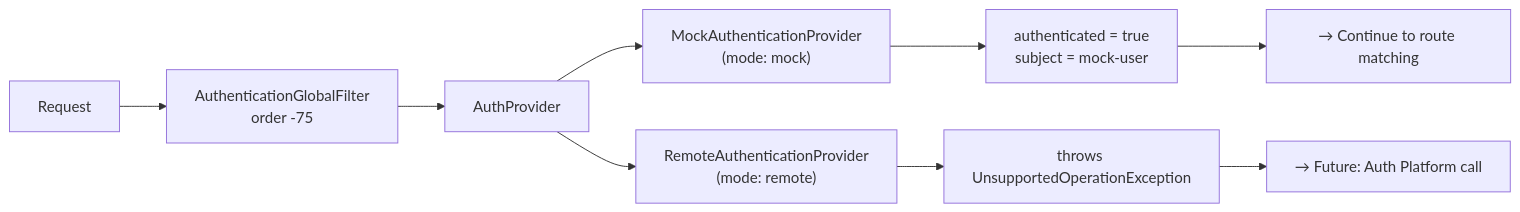
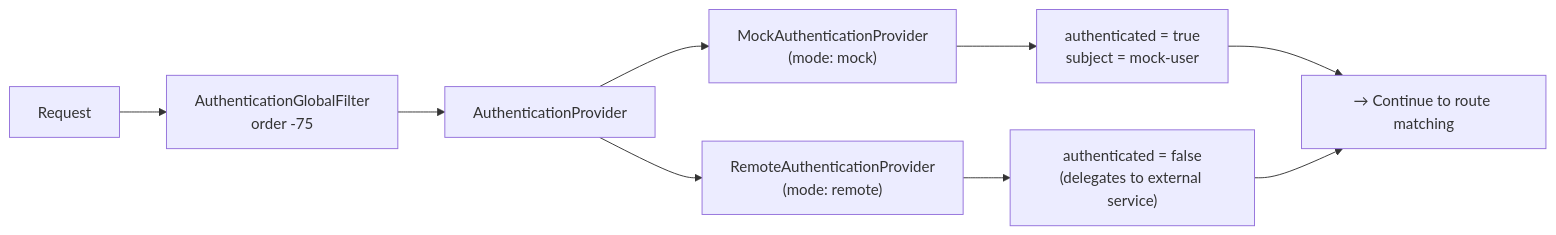
Before and after one commit to abhim8/api-gateway: the third of 3 diagrams in README.md, drawn with Mermaid. The commit also changed other lines of this file, not shown here.

Commit message:
docs(readme): align documentation with current architecture

````diff
--- a/README.md
+++ b/README.md
@@ -223,14 +220,14 @@
 ```mermaid
 graph LR
     Request --> AuthGlobalFilter["AuthenticationGlobalFilter<br/>order -75"]
-    AuthGlobalFilter --> AuthProvider
+    AuthGlobalFilter --> AuthProvider["AuthenticationProvider"]
 
     AuthProvider --> Mock["MockAuthenticationProvider<br/>(mode: mock)"]
     AuthProvider --> Remote["RemoteAuthenticationProvider<br/>(mode: remote)"]
 
-    Mock --> Result["authenticated = true<br/>subject = mock-user"]
-    Remote --> Unsupported["throws UnsupportedOperationException"]
+    Mock --> MockResult["authenticated = true<br/>subject = mock-user"]
+    Remote --> RemoteResult["authenticated = false<br/>(delegates to external service)"]
 
-    Result --> Continue["→ Continue to route matching"]
-    Unsupported --> Blocked["→ Future: Auth Platform call"]
+    MockResult --> Continue["→ Continue to route matching"]
+    RemoteResult --> Continue
 ```
````
